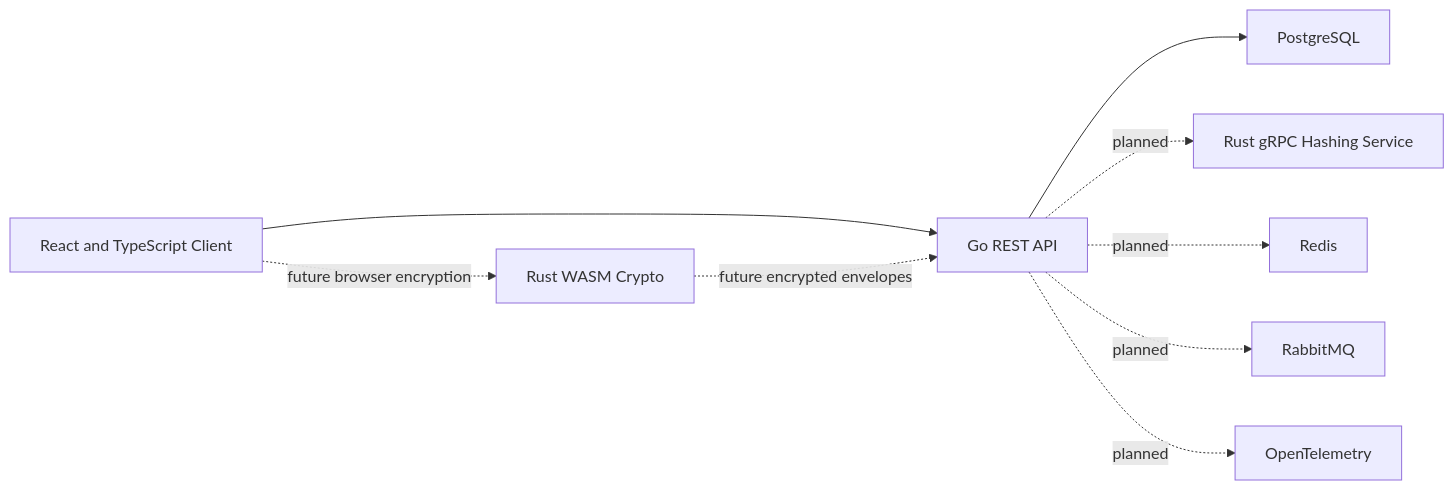
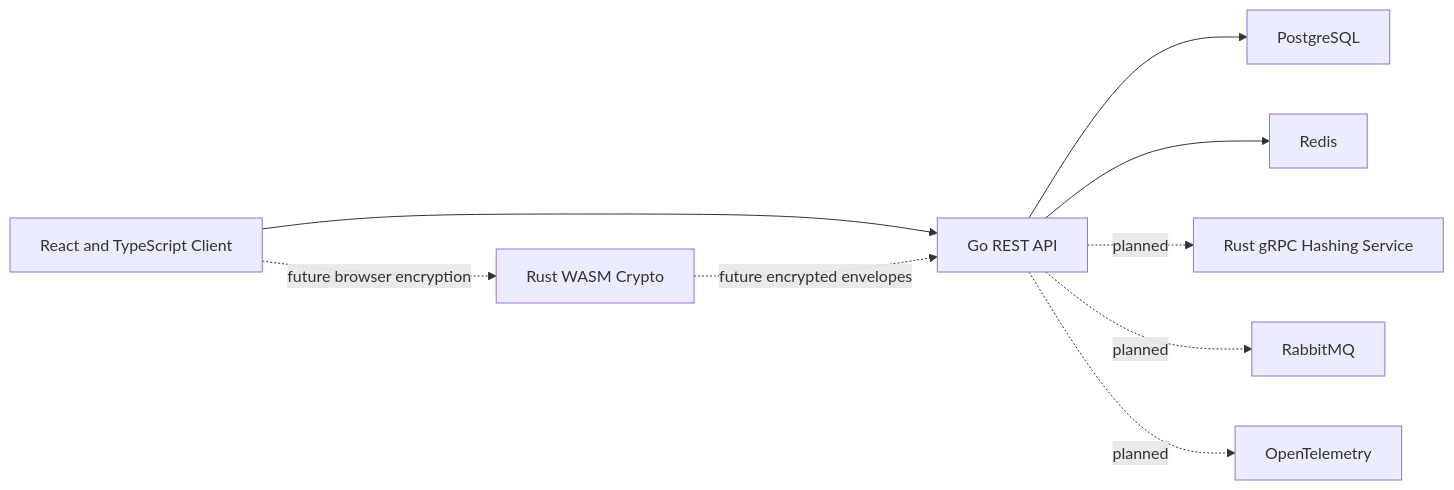
One commit to martinrgarciap/vaultforge changed the diagram in README.md. Above: the diagram before and after it, drawn with Mermaid. The commit also changed other lines of this file and 4 other files, not shown here.

````diff
--- a/README.md
+++ b/README.md
@@ -15,11 +15,11 @@
 ```mermaid
 graph LR
     B["React and TypeScript Client"] --> A["Go REST API"]
     A --> P["PostgreSQL"]
+    A --> R["Redis"]
     B -. "future browser encryption" .-> W["Rust WASM Crypto"]
     W -. "future encrypted envelopes" .-> A
     A -. "planned" .-> H["Rust gRPC Hashing Service"]
-    A -. "planned" .-> R["Redis"]
     A -. "planned" .-> Q["RabbitMQ"]
     A -. "planned" .-> O["OpenTelemetry"]
 ```
````
